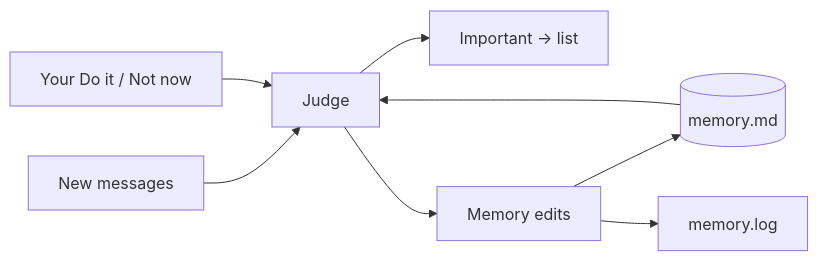
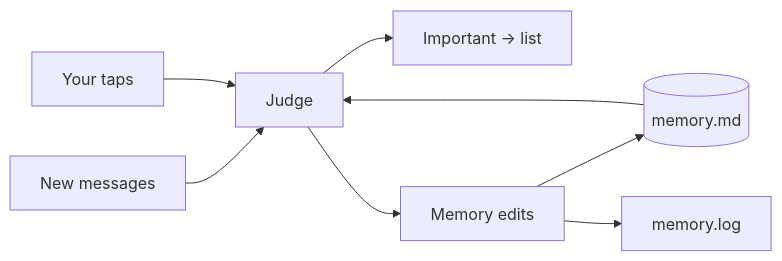
Before and after one commit to MisterBrookT/pi-x: the fifth of 6 diagrams in docs/proactive.md, drawn with Mermaid. The commit also changed other lines of this file and 12 other files, not shown here.

````diff
--- a/docs/proactive.md
+++ b/docs/proactive.md
@@ -112,10 +144,10 @@
 ```mermaid
 flowchart LR
   N[New messages] --> J[Judge]
   MEM[(memory.md)] --> J
-  T[Your Do it / Not now] --> J
+  T[Your taps] --> J
   J --> L[Important → list]
   J --> E[Memory edits]
   E --> MEM
   E --> LOG[memory.log]
 ```
````
